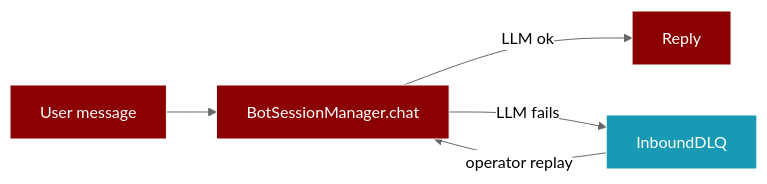
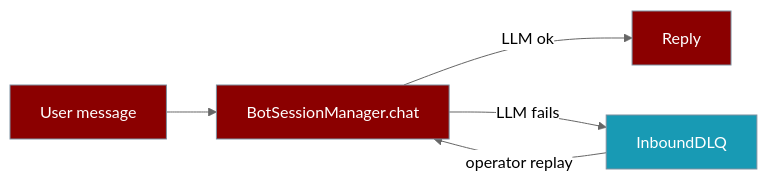
Before and after one commit to MervinPraison/PraisonAIDocs: the diagram in docs/features/inbound-dlq.mdx, drawn with Mermaid (neutral theme). The commit also changed other lines of this file and 4 other files, not shown here.

````diff
--- a/docs/features/inbound-dlq.mdx
+++ b/docs/features/inbound-dlq.mdx
@@ -13,9 +10,9 @@
 ```mermaid
 flowchart LR
     A[User message]:::agent --> B[BotSessionManager.chat]:::agent
     B -->|LLM ok| C[Reply]:::agent
     B -->|LLM fails| D[InboundDLQ]:::tool
     D -->|operator replay| B
-    classDef agent fill:#8B0000,color:#fff,stroke:#fff,stroke-width:1px;
-    classDef tool fill:#189AB4,color:#fff,stroke:#fff,stroke-width:1px;
+    classDef agent fill:#8B0000,color:#fff,stroke:#7C90A0,stroke-width:1px;
+    classDef tool fill:#189AB4,color:#fff,stroke:#7C90A0,stroke-width:1px;
 ```
````
